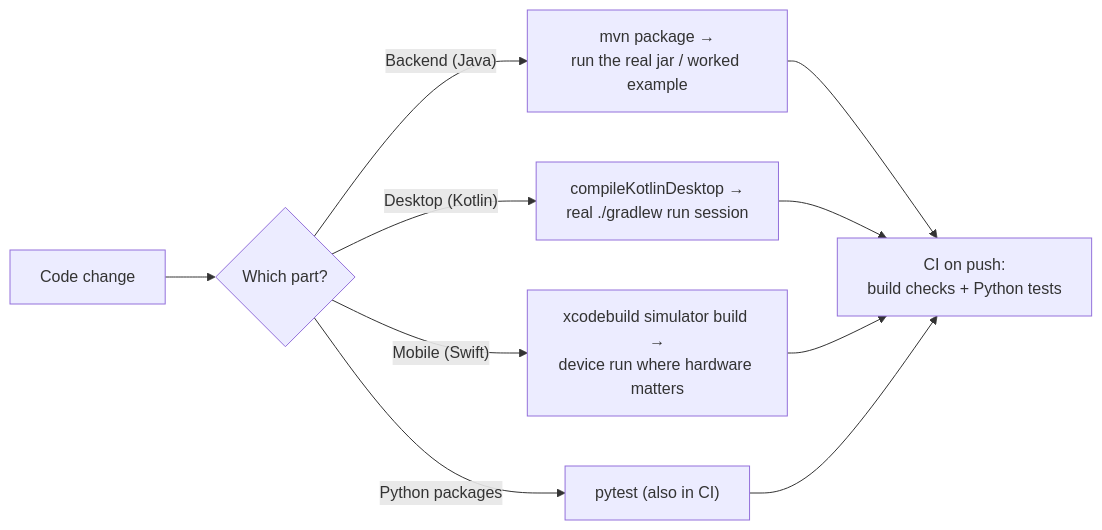
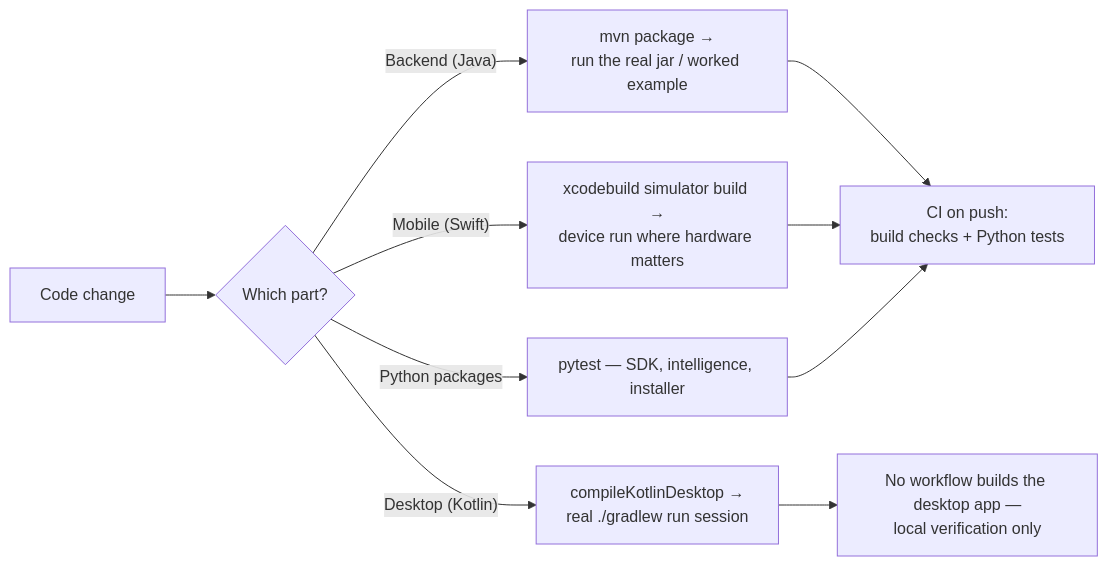
One commit to linoalessio/cloud-driver changed the diagram in docs/testing.md. Above: the diagram before and after it, drawn with Mermaid. The commit also changed other lines of this file and 78 other files, not shown here.

Commit message:
Docs: refresh README.md and docs/ against the current code, diagrams include

````diff
--- a/docs/testing.md
+++ b/docs/testing.md
@@ -7,9 +7,10 @@
 ```mermaid
 flowchart LR
     CHG["Code change"] --> WHICH{"Which part?"}
     WHICH -->|"Backend (Java)"| J["mvn package →<br/>run the real jar / worked example"]
     WHICH -->|"Desktop (Kotlin)"| K["compileKotlinDesktop →<br/>real ./gradlew run session"]
     WHICH -->|"Mobile (Swift)"| SW["xcodebuild simulator build →<br/>device run where hardware matters"]
-    WHICH -->|"Python packages"| PYT["pytest (also in CI)"]
-    J & K & SW & PYT --> CI["CI on push:<br/>build checks + Python tests"]
+    WHICH -->|"Python packages"| PYT["pytest — SDK, intelligence, installer"]
+    J & SW & PYT --> CI["CI on push:<br/>build checks + Python tests"]
+    K --> NOCI["No workflow builds the desktop app —<br/>local verification only"]
 ```
````
